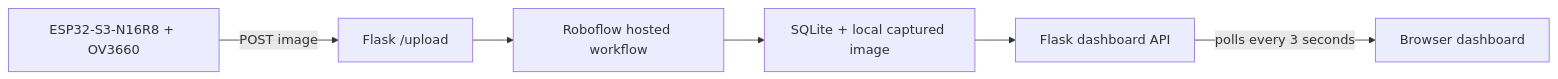
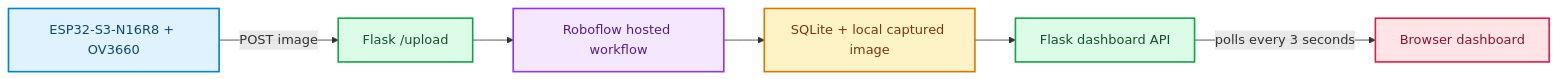
Before and after one commit to Eaziko/Lost-Object-Memory-System: the diagram in README.md, drawn with Mermaid. The commit also changed other lines of this file, not shown here.

Commit message:
Enhance README workflow visuals

````diff
--- a/README.md
+++ b/README.md
@@ -42,8 +42,20 @@
 ```mermaid
 flowchart LR
     Camera[ESP32-S3-N16R8 + OV3660] -->|POST image| Upload[Flask /upload]
     Upload --> Inference[Roboflow hosted workflow]
     Inference --> Save[SQLite + local captured image]
     Save --> API[Flask dashboard API]
     API -->|polls every 3 seconds| UI[Browser dashboard]
+
+    classDef device fill:#e0f2fe,stroke:#0284c7,color:#0c4a6e,stroke-width:2px
+    classDef server fill:#dcfce7,stroke:#16a34a,color:#14532d,stroke-width:2px
+    classDef model fill:#f3e8ff,stroke:#9333ea,color:#581c87,stroke-width:2px
+    classDef storage fill:#fef3c7,stroke:#d97706,color:#78350f,stroke-width:2px
+    classDef dashboard fill:#ffe4e6,stroke:#e11d48,color:#881337,stroke-width:2px
+
+    class Camera device
+    class Upload,API server
+    class Inference model
+    class Save storage
+    class UI dashboard
 ```
````
